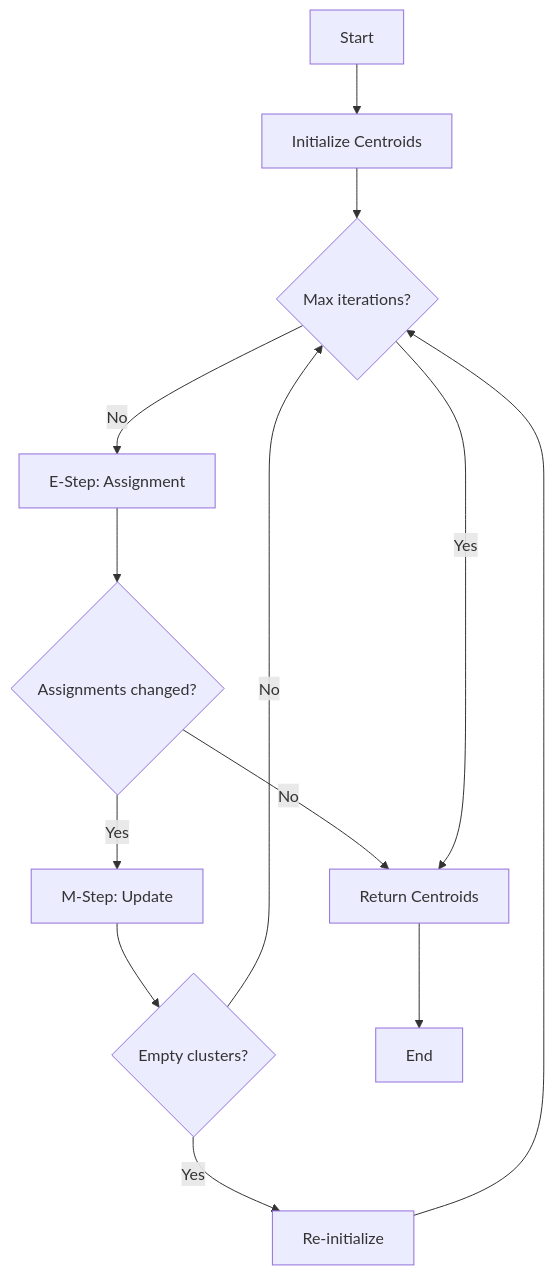
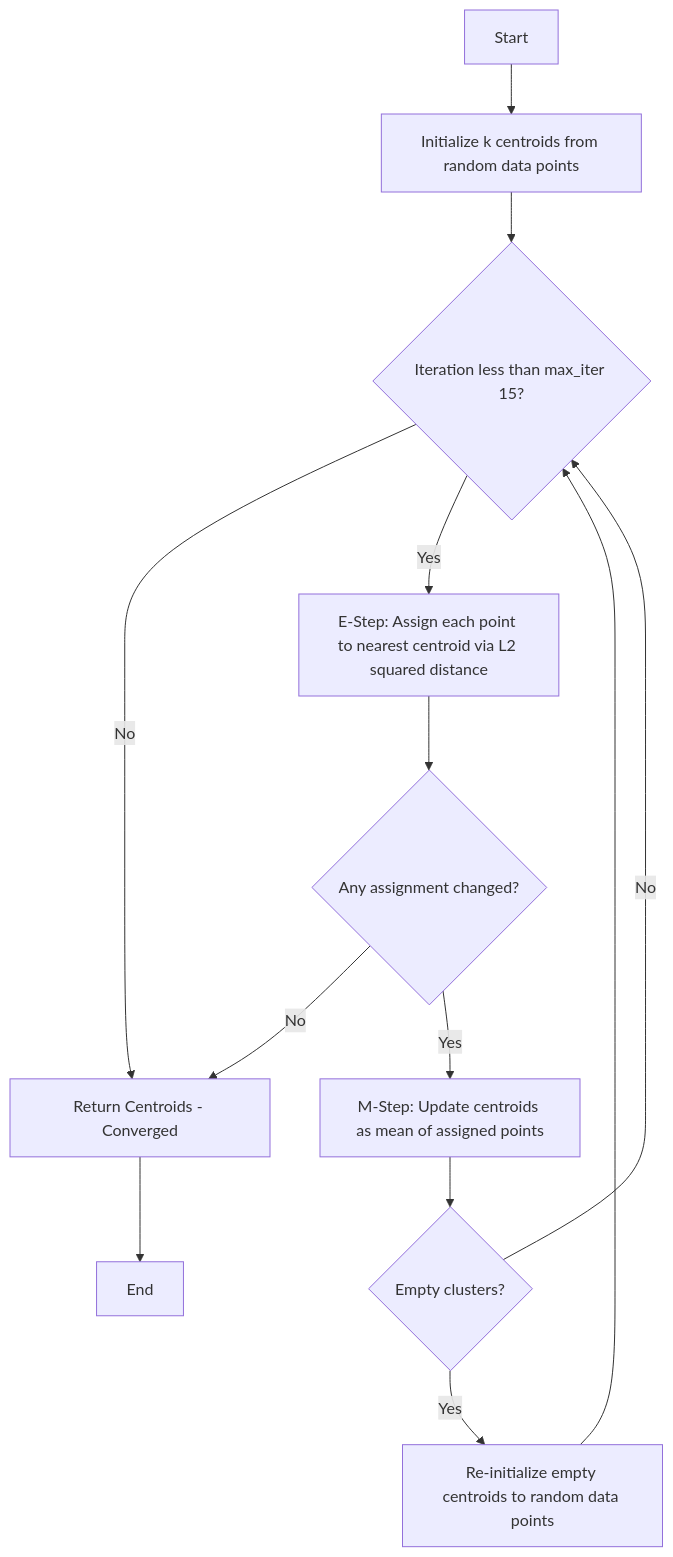
Before and after one commit to nexepic/zyx: the second of 3 diagrams in docs/apps/docs/content/docs/en/zyx/algorithms/kmeans.mdx, drawn with Mermaid. The commit also changed other lines of this file and 73 other files, not shown here.

````diff
--- a/docs/apps/docs/content/docs/en/zyx/algorithms/kmeans.mdx
+++ b/docs/apps/docs/content/docs/en/zyx/algorithms/kmeans.mdx
@@ -125,15 +122,15 @@
 ```mermaid
 flowchart TD
-    A[Start] --> B[Initialize Centroids]
-    B --> C{Max iterations?}
-    C -->|No| D[E-Step: Assignment]
-    D --> E{Assignments changed?}
-    E -->|Yes| F[M-Step: Update]
-    E -->|No| G[Converged]
+    A[Start] --> B[Initialize k centroids from random data points]
+    B --> C{Iteration less than max_iter 15?}
+    C -->|No| G[Return Centroids]
+    C -->|Yes| D[E-Step: Assign each point to nearest centroid via L2 squared distance]
+    D --> E{Any assignment changed?}
+    E -->|No| G[Return Centroids - Converged]
+    E -->|Yes| F[M-Step: Update centroids as mean of assigned points]
     F --> H{Empty clusters?}
-    H -->|Yes| I[Re-initialize]
+    H -->|Yes| I[Re-initialize empty centroids to random data points]
     H -->|No| C
     I --> C
-    C -->|Yes| G[Return Centroids]
     G --> J[End]
 ```
````
